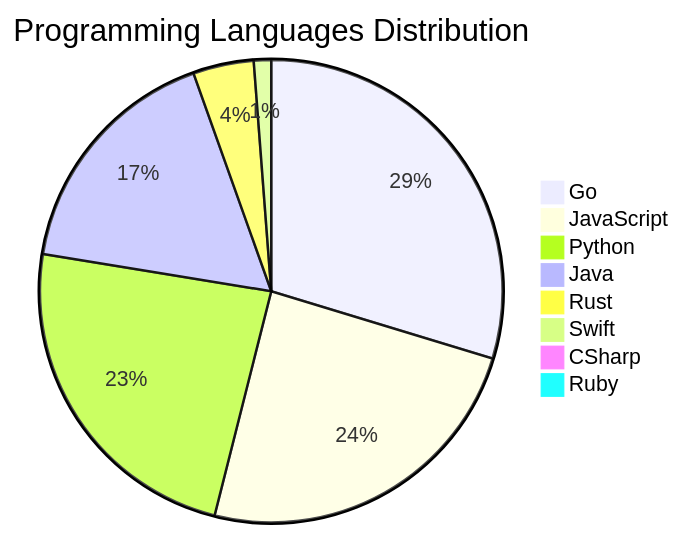
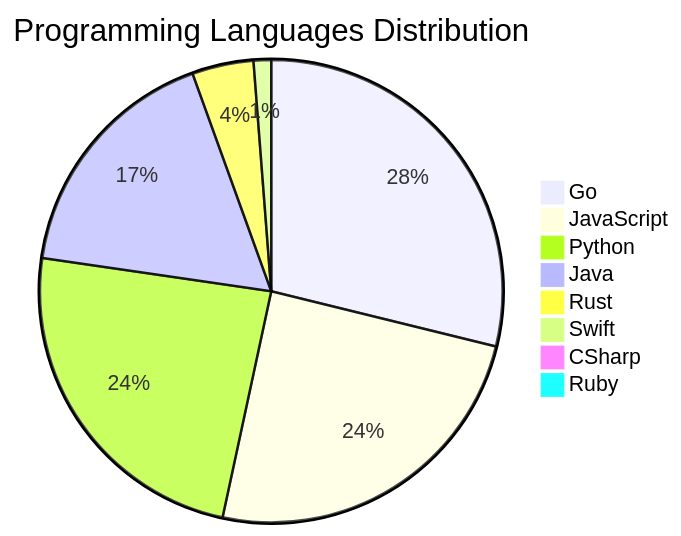
One commit to Derrick-MUGISHA/github-activity-bot changed the diagram in README.md. Above: the diagram before and after it, drawn with Mermaid. The commit also changed other lines of this file and 4 other files, not shown here.

````diff
--- a/README.md
+++ b/README.md
@@ -209,11 +209,11 @@
 ```mermaid
 pie title Programming Languages Distribution
-    "Go" : 49
+    "Go" : 47
     "JavaScript" : 40
     "Python" : 39
     "Java" : 28
     "Rust" : 7
     "Swift" : 2
     "CSharp" : 1
     "Ruby" : 1
 ```
````
